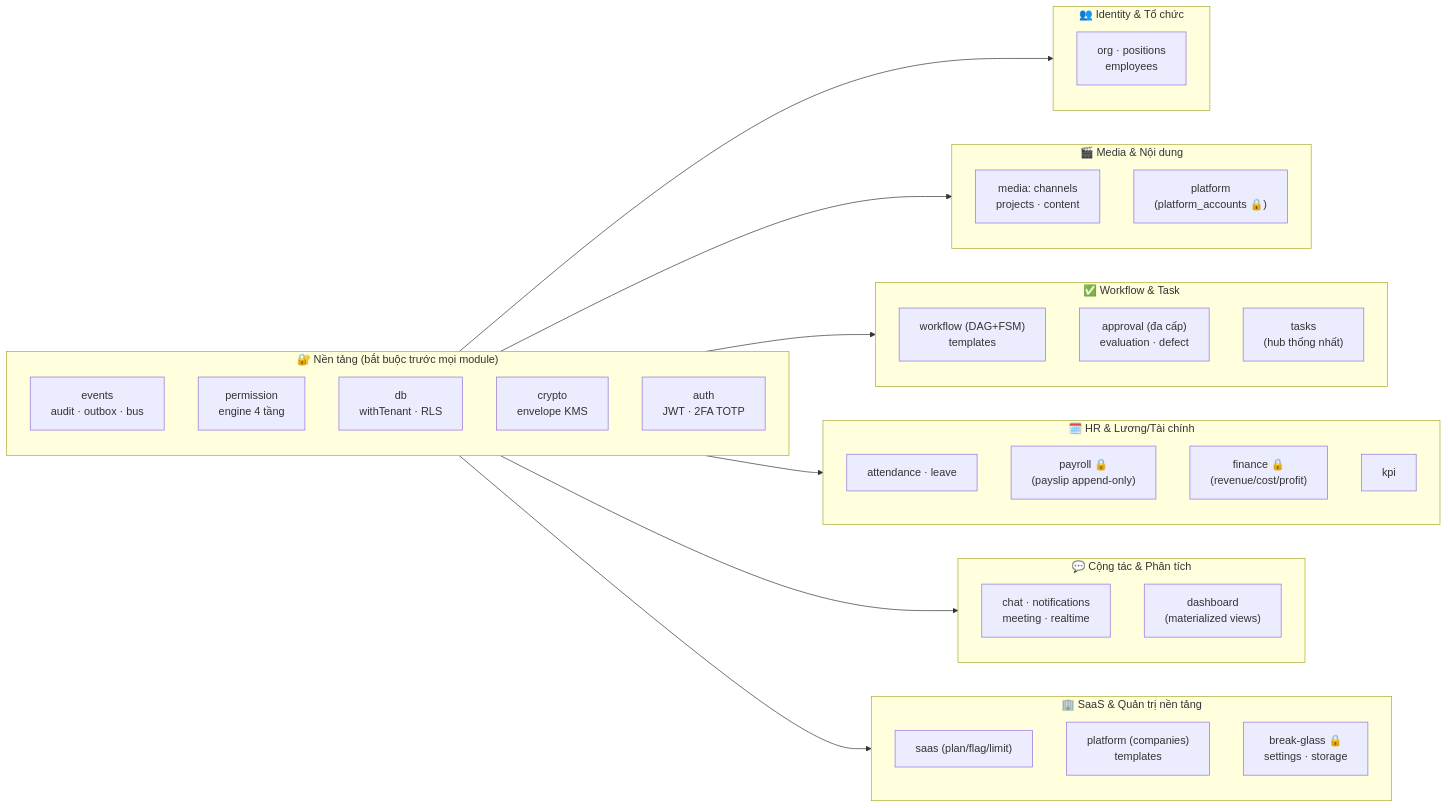
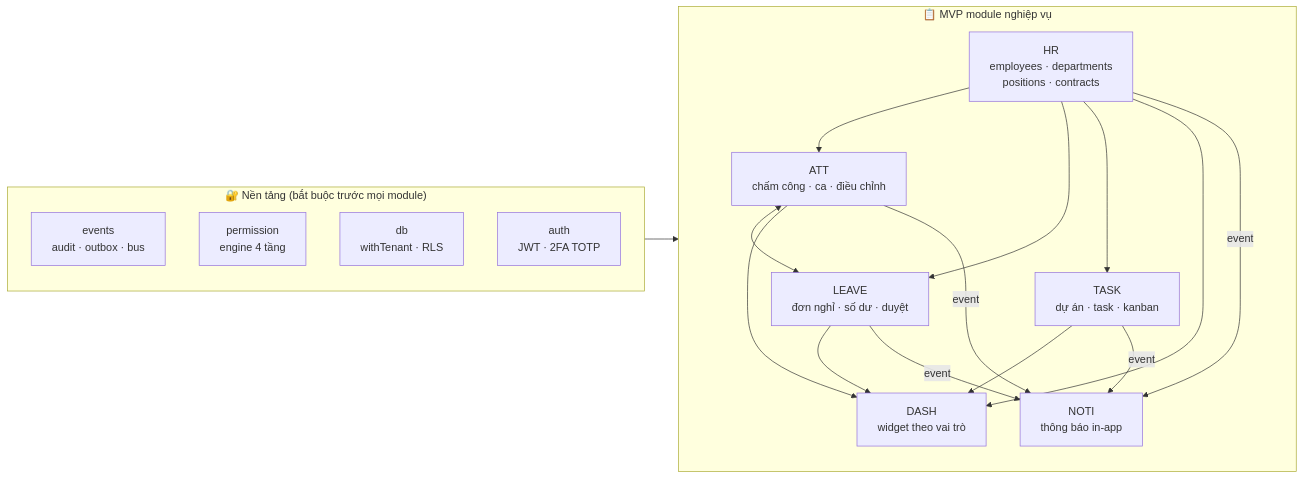
Before and after one commit to nguyencanhqk/mediaos: the second of 7 diagrams in docs/SYSTEM-DESIGN.md, drawn with Mermaid. The commit also changed other lines of this file and 194 other files, not shown here.

First line of the commit message:
docs: nhập bộ tài liệu chuẩn-vàng 7 module + khóa stack + sửa drift

````diff
--- a/docs/SYSTEM-DESIGN.md
+++ b/docs/SYSTEM-DESIGN.md
@@ -160,45 +105,22 @@
 ```mermaid
 flowchart LR
     subgraph Foundation["🔐 Nền tảng (bắt buộc trước mọi module)"]
         A1["events<br/>audit · outbox · bus"]
         A2["permission<br/>engine 4 tầng"]
         A3["db<br/>withTenant · RLS"]
-        A4["crypto<br/>envelope KMS"]
-        A5["auth<br/>JWT · 2FA TOTP"]
+        A4["auth<br/>JWT · 2FA TOTP"]
     end
-
-    subgraph Identity["👥 Identity & Tổ chức"]
-        B1["org · positions<br/>employees"]
+    subgraph Core["📋 MVP module nghiệp vụ"]
+        B1["HR<br/>employees · departments<br/>positions · contracts"]
+        B2["ATT<br/>chấm công · ca · điều chỉnh"]
+        B3["LEAVE<br/>đơn nghỉ · số dư · duyệt"]
+        B4["TASK<br/>dự án · task · kanban"]
+        B5["DASH<br/>widget theo vai trò"]
+        B6["NOTI<br/>thông báo in-app"]
     end
-
-    subgraph Media["🎬 Media & Nội dung"]
-        C1["media: channels<br/>projects · content"]
-        C2["platform<br/>(platform_accounts 🔒)"]
-    end
-
-    subgraph Flow["✅ Workflow & Task"]
-        D1["workflow (DAG+FSM)<br/>templates"]
-        D2["approval (đa cấp)<br/>evaluation · defect"]
-        D3["tasks<br/>(hub thống nhất)"]
-    end
-
-    subgraph HR["🗓️ HR & Lương/Tài chính"]
-        E1["attendance · leave"]
-        E2["payroll 🔒<br/>(payslip append-only)"]
-        E3["finance 🔒<br/>(revenue/cost/profit)"]
-        E4["kpi"]
-    end
-
-    subgraph Collab["💬 Cộng tác & Phân tích"]
-        F1["chat · notifications<br/>meeting · realtime"]
-        F2["dashboard<br/>(materialized views)"]
-    end
-
-    subgraph Platform["🏢 SaaS & Quản trị nền tảng"]
-        G1["saas (plan/flag/limit)"]
-        G2["platform (companies)<br/>templates"]
-        G3["break-glass 🔒<br/>settings · storage"]
-    end
-
-    Foundation --> Identity & Media & Flow & HR & Collab & Platform
+    Foundation --> Core
+    B1 --> B2 & B3 & B4
+    B2 <--> B3
+    B1 & B2 & B3 & B4 --> B5
+    B1 & B2 & B3 & B4 -->|event| B6
 ```
````
